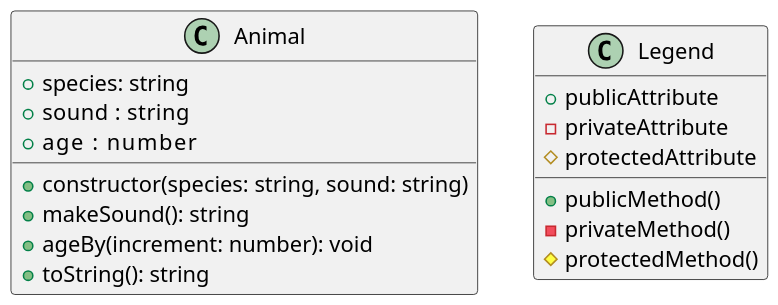
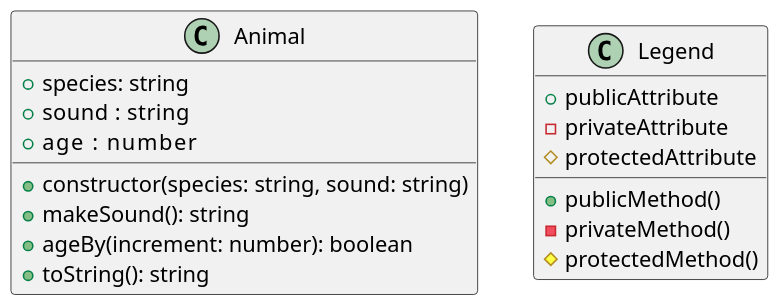
The diagram in base/animal/assets/diagrama.puml (qxcodepoo/arcade), drawn with PlantUML before and after one commit. The commit also changed 18 other files, not shown here.

Commit message:
update diagramas

```diff
--- a/base/animal/assets/diagrama.puml
+++ b/base/animal/assets/diagrama.puml
@@ -1,27 +1,27 @@
 @startuml
 
 skinparam defaultFontName "Source Code Pro"
 skinparam dpi 150
 
 class Animal {
     + species: string
     + sound  : string
     + age    : number
     __
     + constructor(species: string, sound: string)
     + makeSound(): string
-    + ageBy(increment: number): void
+    + ageBy(increment: number): boolean
     + toString(): string
 }
 
 class Legend {
   + publicAttribute
   - privateAttribute
   # protectedAttribute
   __
   + publicMethod()
   - privateMethod()
   # protectedMethod()
 }
 
 @enduml
```
